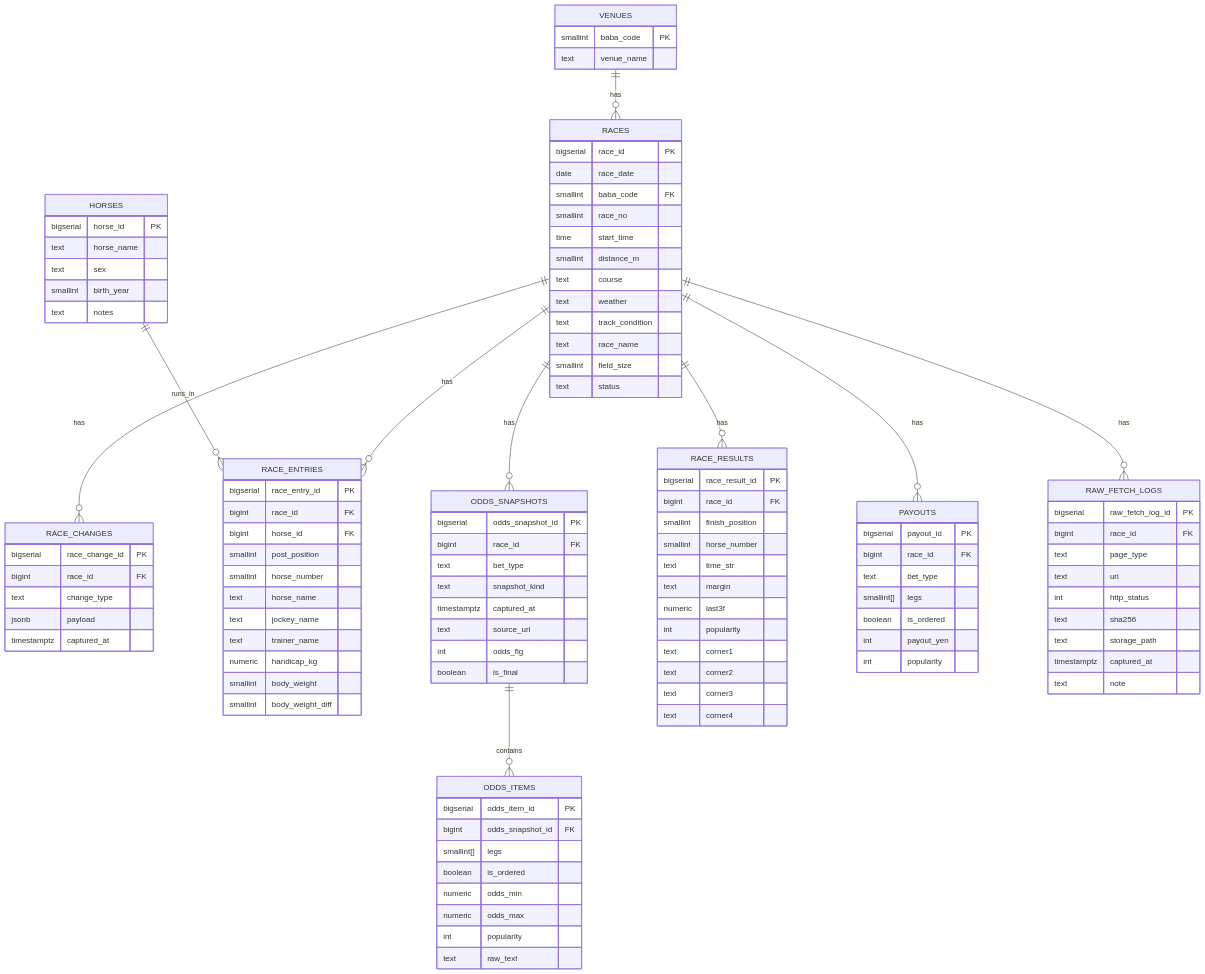
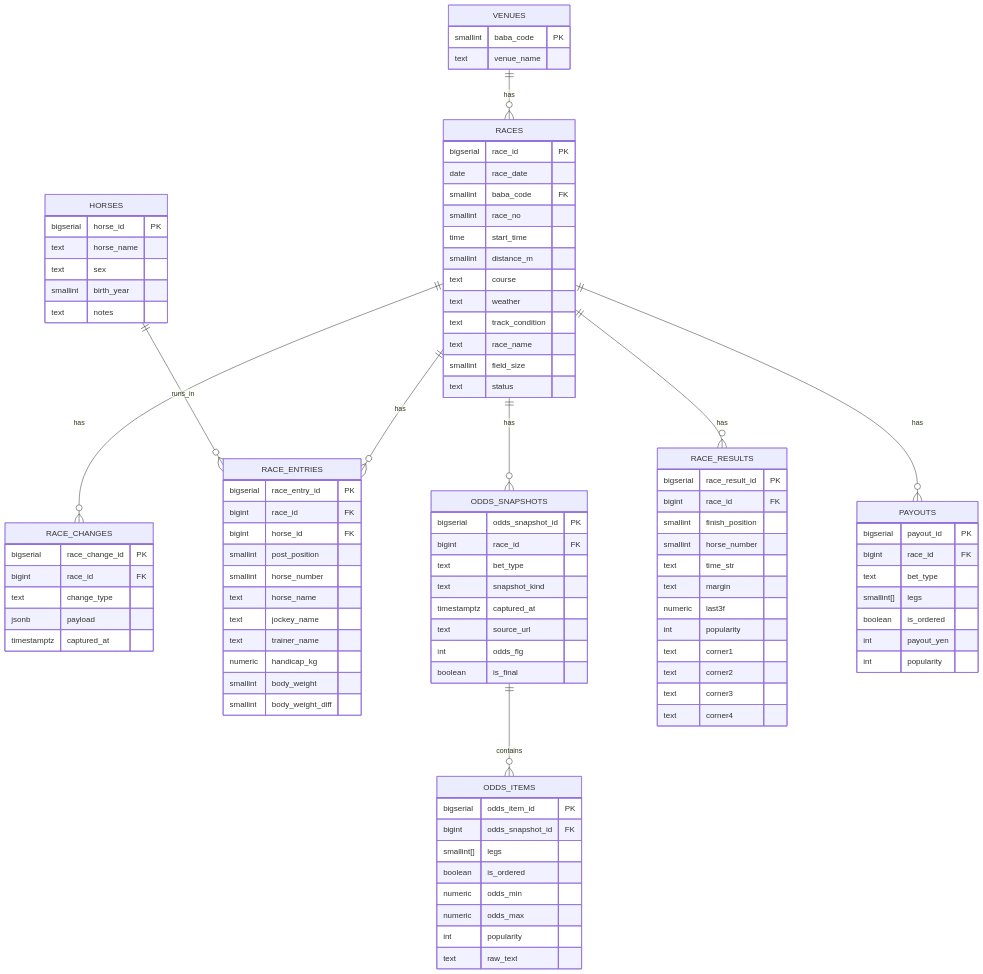
One commit to shinji1095/keiba-ai changed the diagram in docs/database/25_database_definition.md. Above: the diagram before and after it, drawn with Mermaid. The commit also changed other lines of this file and 65 other files, not shown here.

````diff
--- a/docs/database/25_database_definition.md
+++ b/docs/database/25_database_definition.md
@@ -34,7 +33,6 @@
   RACES ||--o{ RACE_RESULTS : has
   RACES ||--o{ PAYOUTS : has
 
-  RACES ||--o{ RAW_FETCH_LOGS : has
 
   VENUES {
     smallint baba_code PK
@@ -133,15 +131,4 @@
     int popularity
   }
 
-  RAW_FETCH_LOGS {
-    bigserial raw_fetch_log_id PK
-    bigint race_id FK
-    text page_type
-    text url
-    int http_status
-    text sha256
-    text storage_path
-    timestamptz captured_at
-    text note
-  }
 ```
````
